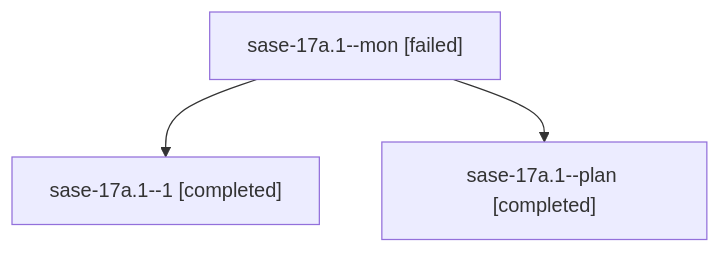
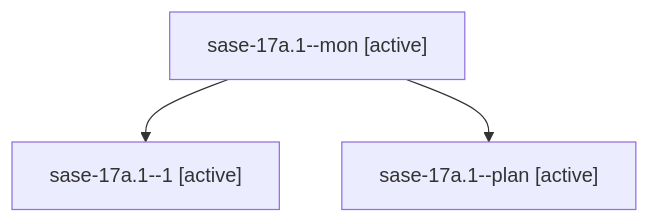
One commit to sase-org/sase--agents changed the diagram in families/bbugyi200.athena.sase-17a.1.md. Above: the diagram before and after it, drawn with Mermaid. The commit also changed other lines of this file and 35830 other files, not shown here.

````diff
--- a/families/bbugyi200.athena.sase-17a.1.md
+++ b/families/bbugyi200.athena.sase-17a.1.md
@@ -9,8 +9,8 @@
 ```mermaid
 flowchart TD
-  n0["sase-17a.1--mon [failed]"]
-  n1["sase-17a.1--1 [completed]"]
+  n0["sase-17a.1--mon [active]"]
+  n1["sase-17a.1--1 [active]"]
   n0 --> n1
-  n2["sase-17a.1--plan [completed]"]
+  n2["sase-17a.1--plan [active]"]
   n0 --> n2
 ```
````
